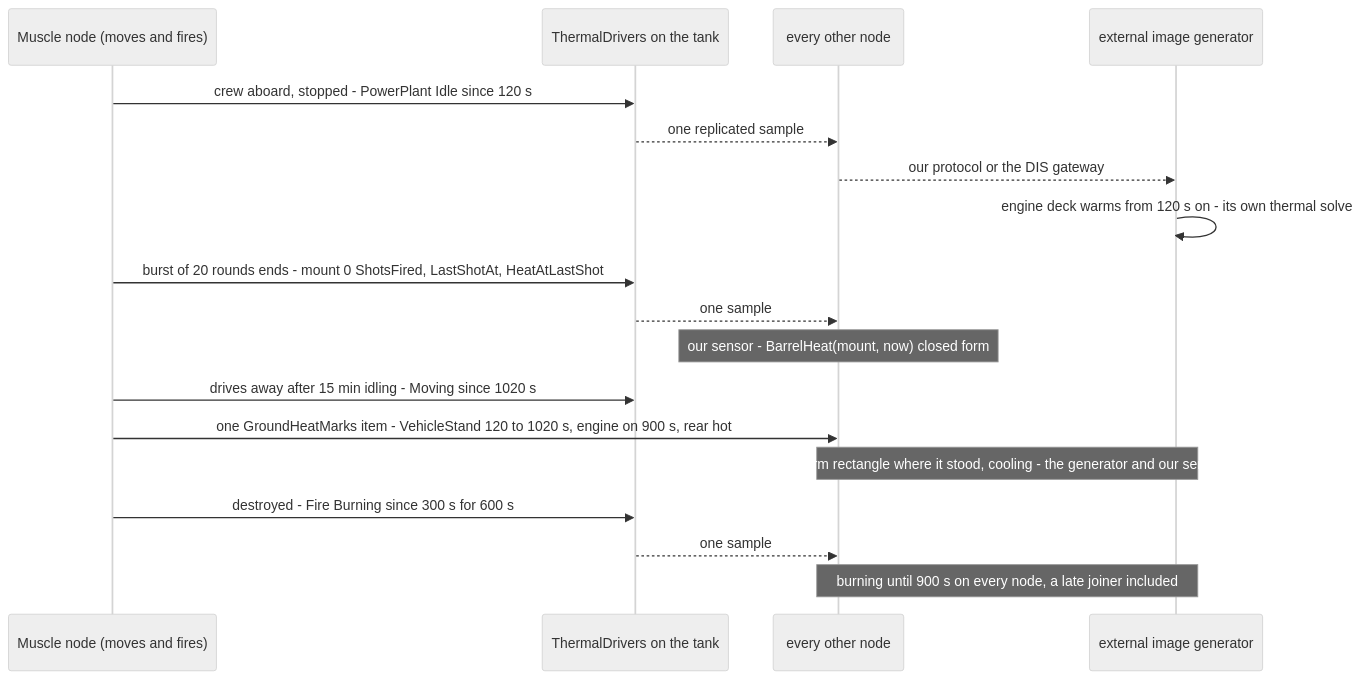
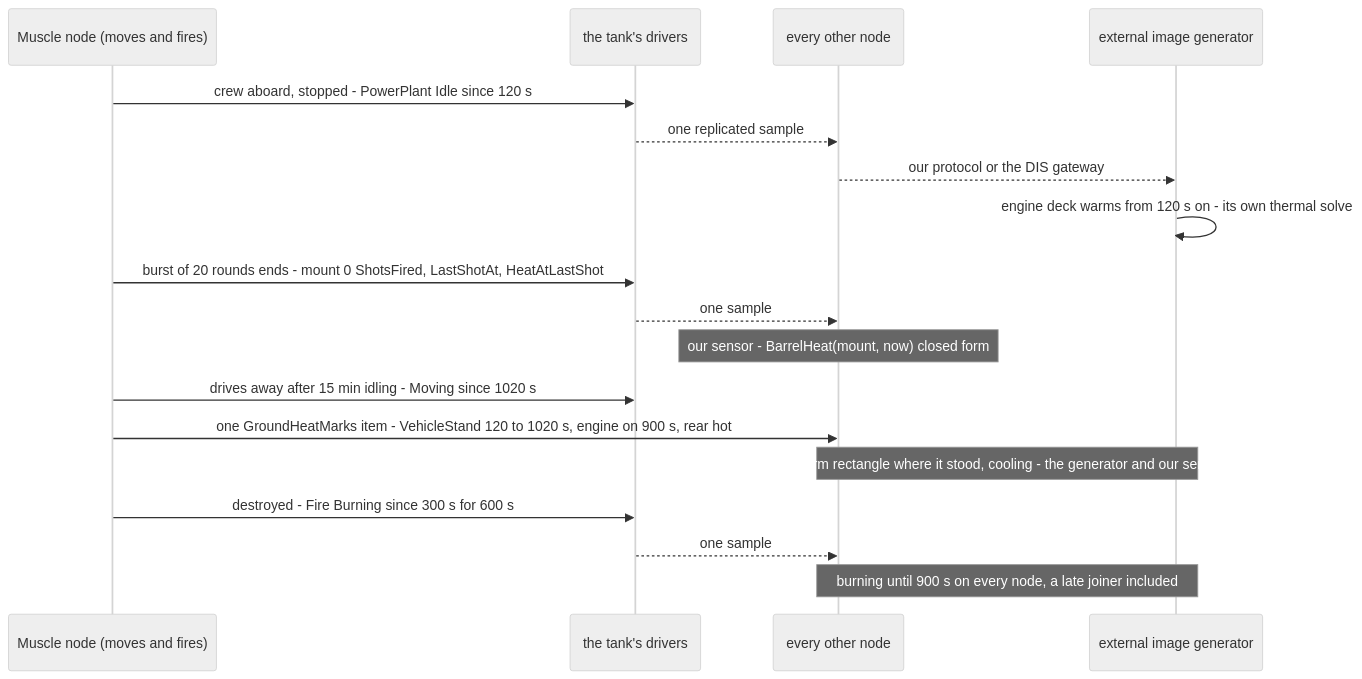
The second of 3 diagrams in docs/designs/thermal/DESIGN_Thermal_Drivers.md (pjanec/HROT), drawn with Mermaid (neutral theme) before and after one commit. The commit also changed other lines of this file, not shown here.

First line of the commit message:
thermal drivers: §4 the components — a family by entity and writer (PowerPlant, ShotHistory, FireState, LifeChange, GroundHeatMarks); TD-2 revised

````diff
--- a/docs/designs/thermal/DESIGN_Thermal_Drivers.md
+++ b/docs/designs/thermal/DESIGN_Thermal_Drivers.md
@@ -181,20 +213,20 @@
 ```mermaid
 sequenceDiagram
   participant M as Muscle node (moves and fires)
-  participant D as ThermalDrivers on the tank
+  participant D as the tank's drivers
   participant N as every other node
   participant G as external image generator
   M->>D: crew aboard, stopped - PowerPlant Idle since 120 s
   D-->>N: one replicated sample
   N-->>G: our protocol or the DIS gateway
   G->>G: engine deck warms from 120 s on - its own thermal solve
   M->>D: burst of 20 rounds ends - mount 0 ShotsFired, LastShotAt, HeatAtLastShot
   D-->>N: one sample
   Note over N: our sensor - BarrelHeat(mount, now) closed form
   M->>D: drives away after 15 min idling - Moving since 1020 s
   M->>N: one GroundHeatMarks item - VehicleStand 120 to 1020 s, engine on 900 s, rear hot
   Note over N,G: an invisible warm rectangle where it stood, cooling - the generator and our sensor compute it
   M->>D: destroyed - Fire Burning since 300 s for 600 s
   D-->>N: one sample
   Note over N,G: burning until 900 s on every node, a late joiner included
 ```
````
